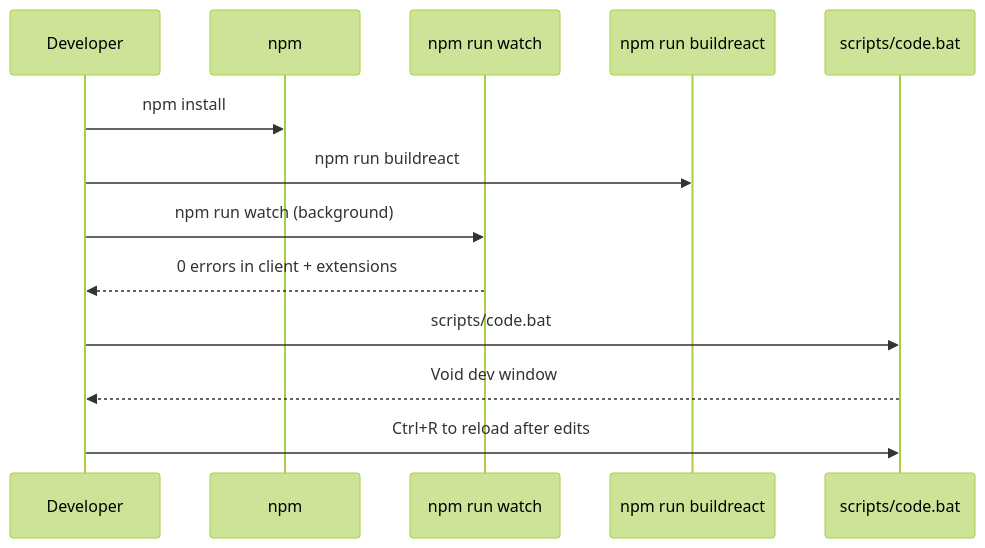
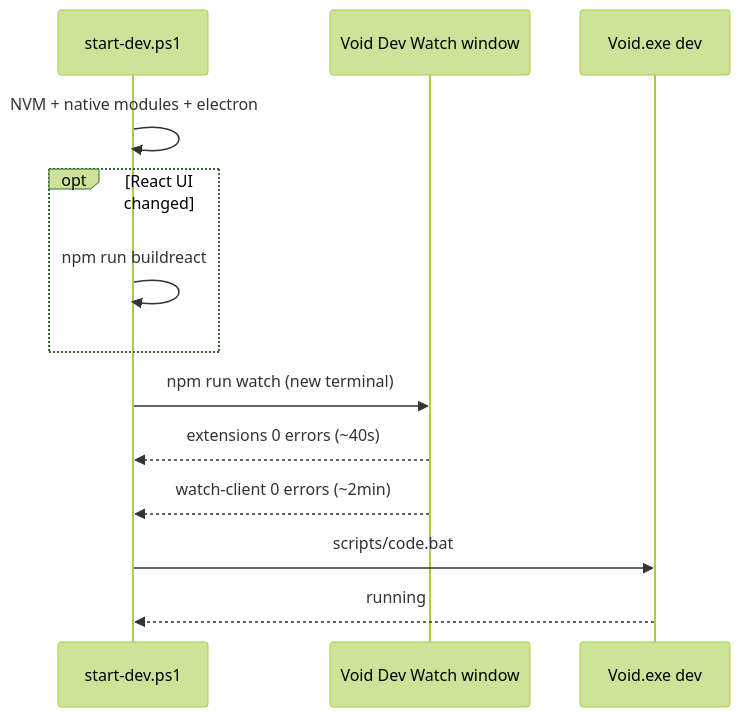
The third of 5 diagrams in docs/BUILD.md (agnisadhak01/void), drawn with Mermaid (forest theme) before and after one commit. The commit also changed other lines of this file and 5 other files, not shown here.

Commit message:
Enhance documentation for developer mode by clarifying the use of `scripts/start-dev.ps1` for launching and watching the Void application. Update references in README, BUILD, and CURSOR_MERGE_WORKFLOW files to reflect new command structure and improve clarity on development processes.

````diff
--- a/docs/BUILD.md
+++ b/docs/BUILD.md
@@ -95,16 +137,16 @@
 ```mermaid
 sequenceDiagram
-  participant Dev as Developer
-  participant NPM as npm
-  participant Watch as npm run watch
-  participant React as npm run buildreact
-  participant Code as scripts/code.bat
+  participant Dev as start-dev.ps1
+  participant Watch as Void Dev Watch window
+  participant Void as Void.exe dev
 
-  Dev->>NPM: npm install
-  Dev->>React: npm run buildreact
-  Dev->>Watch: npm run watch (background)
-  Watch-->>Dev: 0 errors in client + extensions
-  Dev->>Code: scripts/code.bat
-  Code-->>Dev: Void dev window
-  Dev->>Code: Ctrl+R to reload after edits
+  Dev->>Dev: NVM + native modules + electron
+  opt React UI changed
+    Dev->>Dev: npm run buildreact
+  end
+  Dev->>Watch: npm run watch (new terminal)
+  Watch-->>Dev: extensions 0 errors (~40s)
+  Watch-->>Dev: watch-client 0 errors (~2min)
+  Dev->>Void: scripts/code.bat
+  Void-->>Dev: running
 ```
````
